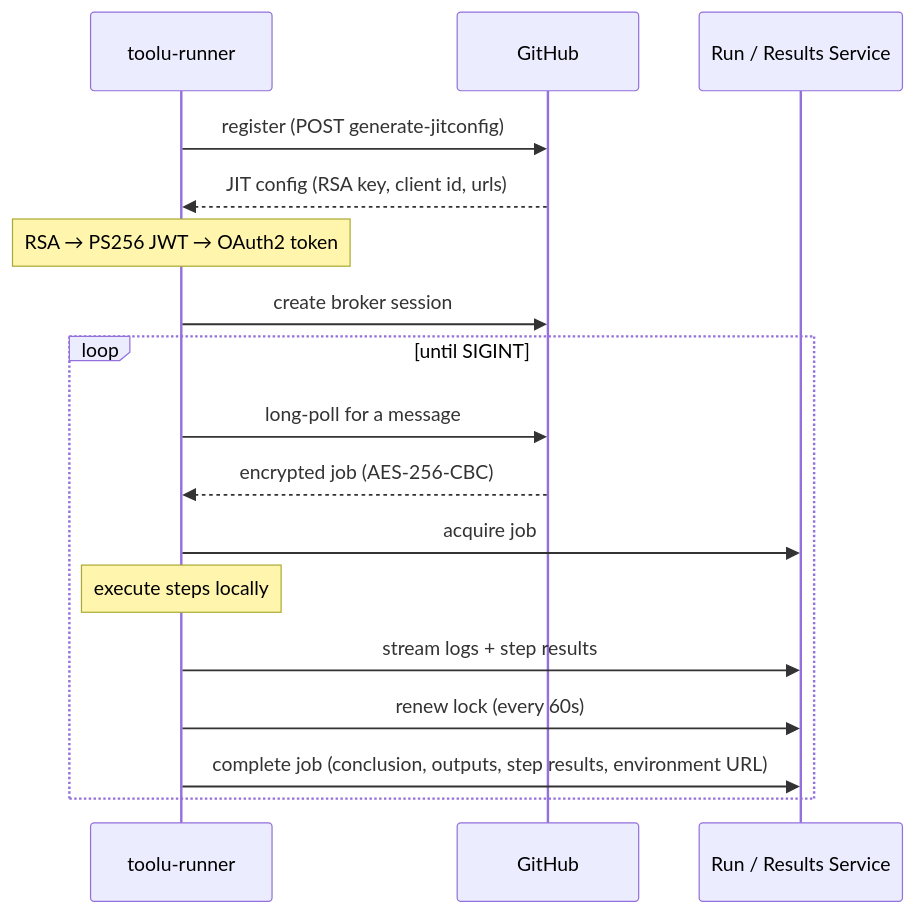
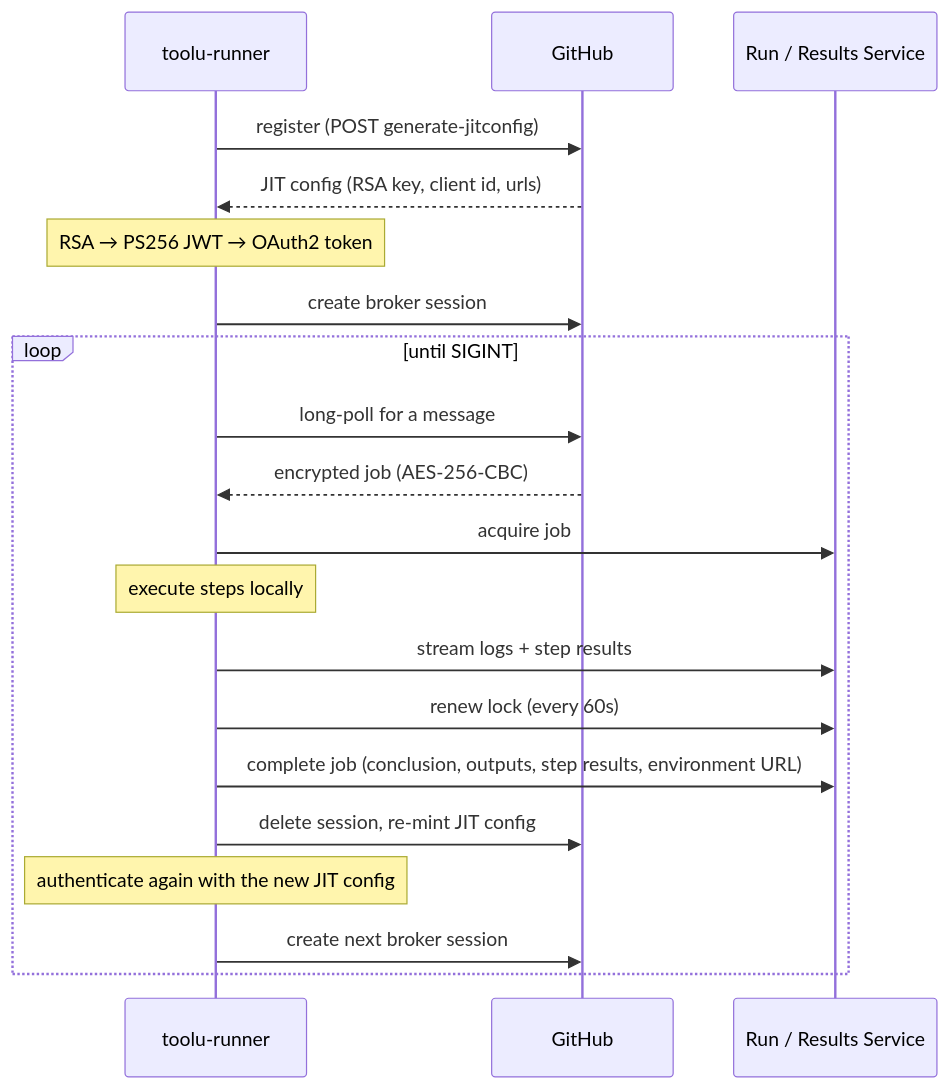
The diagram in README.md (Falconiere/toolu-ghrunner), drawn with Mermaid before and after one commit. The commit also changed other lines of this file and 68 other files, not shown here.

````diff
--- a/README.md
+++ b/README.md
@@ -547,20 +549,23 @@
 ```mermaid
 sequenceDiagram
     participant R as toolu-runner
     participant GH as GitHub
     participant RS as Run / Results Service
 
     R->>GH: register (POST generate-jitconfig)
     GH-->>R: JIT config (RSA key, client id, urls)
     Note over R: RSA → PS256 JWT → OAuth2 token
     R->>GH: create broker session
     loop until SIGINT
         R->>GH: long-poll for a message
         GH-->>R: encrypted job (AES-256-CBC)
         R->>RS: acquire job
         Note over R: execute steps locally
         R->>RS: stream logs + step results
         R->>RS: renew lock (every 60s)
         R->>RS: complete job (conclusion, outputs, step results, environment URL)
+        R->>GH: delete session, re-mint JIT config
+        Note over R: authenticate again with the new JIT config
+        R->>GH: create next broker session
     end
 ```
````
